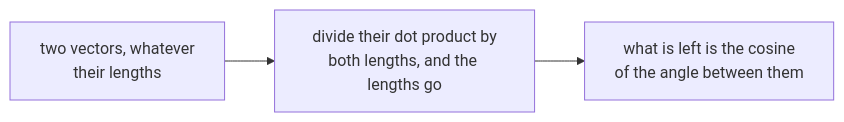
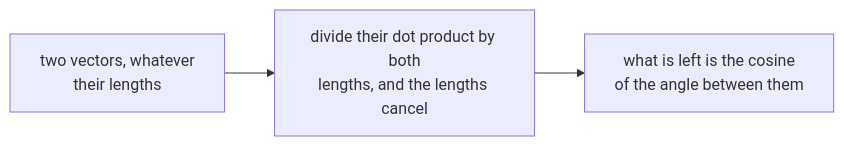
Before and after one commit to konradcinkusz/math-for-ai-engineers: the diagram in figures/mermaid/en/f08-cosine-angle.mmd, drawn with Mermaid. The commit also changed 26 other files, not shown here.

```diff
--- a/figures/mermaid/en/f08-cosine-angle.mmd
+++ b/figures/mermaid/en/f08-cosine-angle.mmd
@@ -1,4 +1,4 @@
 flowchart LR
   A["two vectors, whatever<br/>their lengths"]
-  A --> B["divide their dot product by<br/>both lengths, and the lengths go"]
+  A --> B["divide their dot product by both<br/>lengths, and the lengths cancel"]
   B --> C["what is left is the cosine<br/>of the angle between them"]
```
